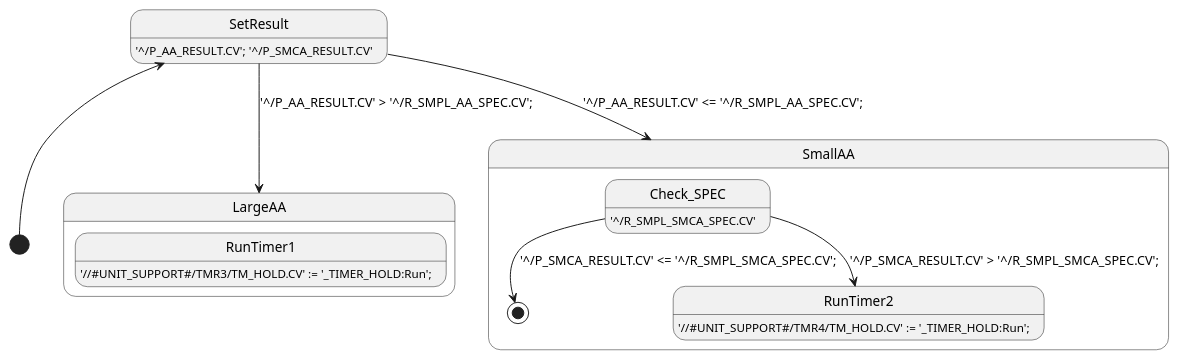
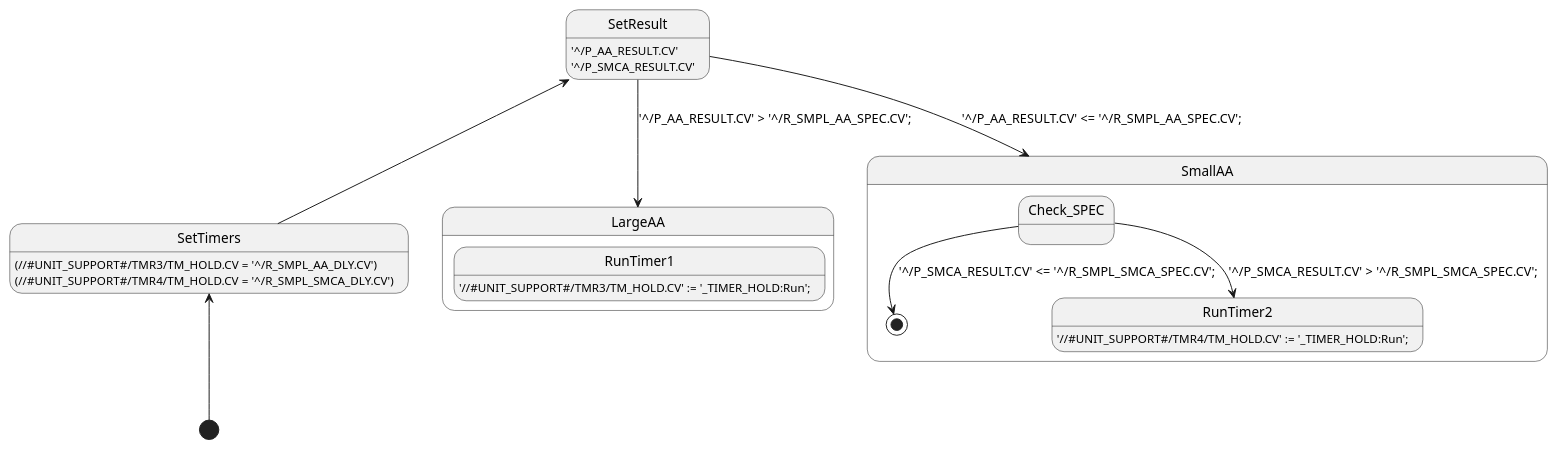
Before and after one commit to mekcrab/Solvay_test: the diagram in TESTSPEC_VPENG/PH_AL_SMPL_CVAS (Simplified).puml, drawn with PlantUML. The commit also changed 1 other file, not shown here.

Commit message:
Added Set Timer state at the beginning; state action script changed to one action per line.

```diff
--- a/TESTSPEC_VPENG/PH_AL_SMPL_CVAS (Simplified).puml
+++ b/TESTSPEC_VPENG/PH_AL_SMPL_CVAS (Simplified).puml
@@ -1,27 +1,33 @@
 @startuml
 
-[*] -up-> SetResult
+[*] -up-> SetTimers
 
-SetResult: '^/P_AA_RESULT.CV'; '^/P_SMCA_RESULT.CV'
+SetTimers: (//#UNIT_SUPPORT#/TMR3/TM_HOLD.CV = '^/R_SMPL_AA_DLY.CV')
+SetTimers: (//#UNIT_SUPPORT#/TMR4/TM_HOLD.CV = '^/R_SMPL_SMCA_DLY.CV')
+
+
+SetTimers -up-> SetResult
+
+SetResult: '^/P_AA_RESULT.CV'
+SetResult: '^/P_SMCA_RESULT.CV'
 
 SetResult --> LargeAA: '^/P_AA_RESULT.CV' > '^/R_SMPL_AA_SPEC.CV';
 
 SetResult --> SmallAA: '^/P_AA_RESULT.CV' <= '^/R_SMPL_AA_SPEC.CV';
 
 state LargeAA {
 
 RunTimer1: '//#UNIT_SUPPORT#/TMR3/TM_HOLD.CV' := '_TIMER_HOLD:Run';
 
 }
 
 
 state SmallAA {
 
-    Check_SPEC: '^/R_SMPL_SMCA_SPEC.CV'
     Check_SPEC --> [*]: '^/P_SMCA_RESULT.CV' <= '^/R_SMPL_SMCA_SPEC.CV';
     Check_SPEC --> RunTimer2: '^/P_SMCA_RESULT.CV' > '^/R_SMPL_SMCA_SPEC.CV';
     RunTimer2: '//#UNIT_SUPPORT#/TMR4/TM_HOLD.CV' := '_TIMER_HOLD:Run';
 
 }
 
 @enduml
```
